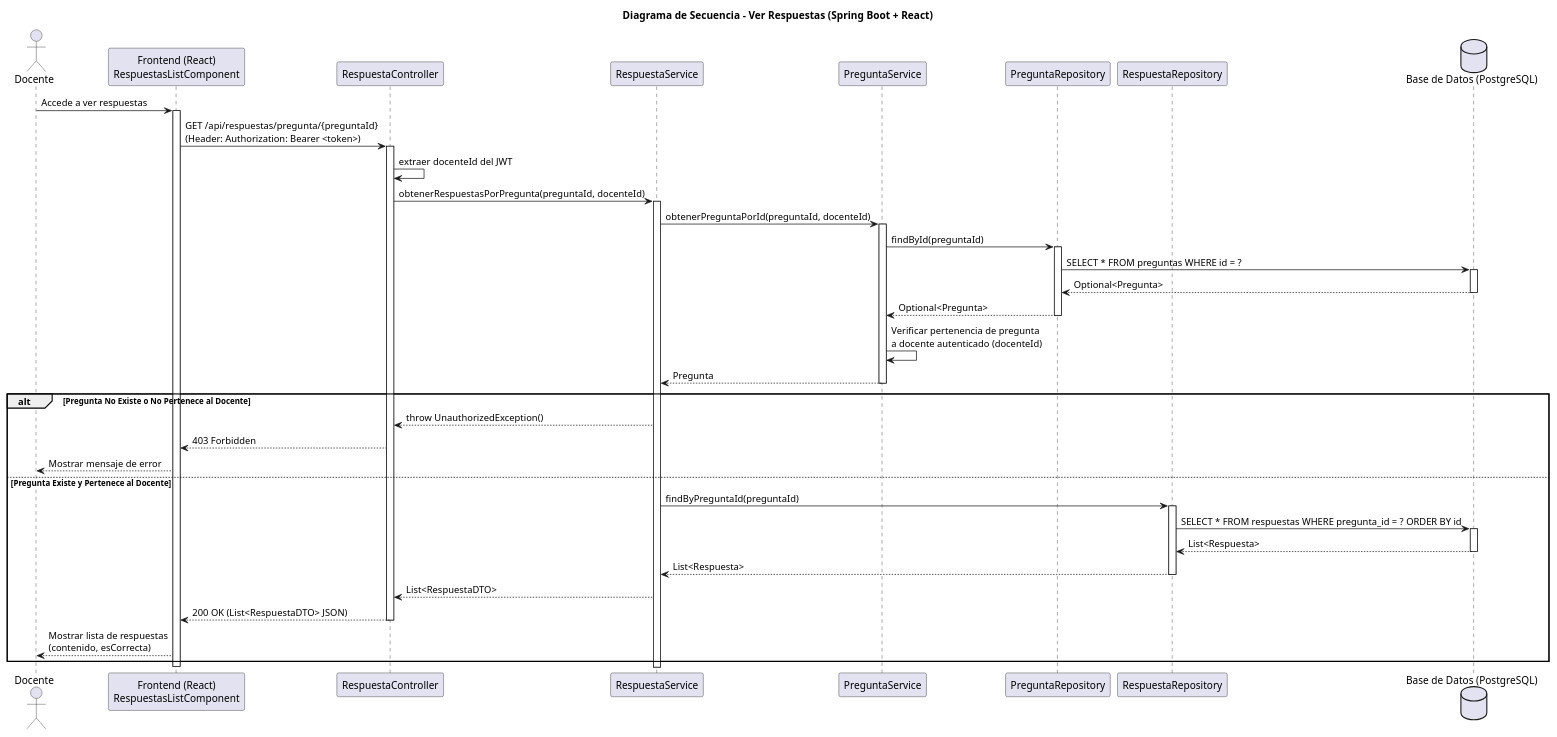
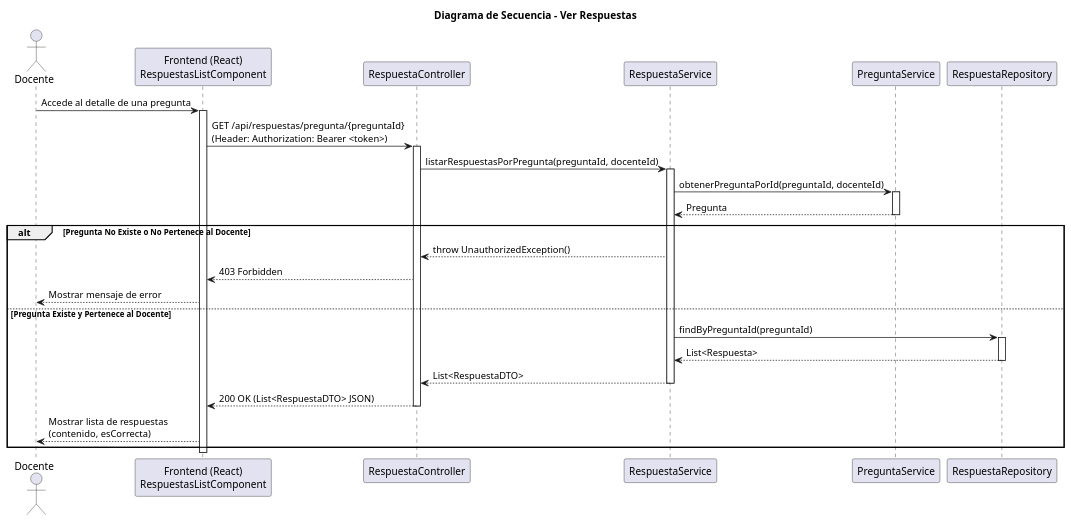
One commit to Pareyor/25-26-idsw2-sdVC changed the diagram in modelosUML/diseño/verRespuestas/secuencia.puml. Above: the diagram before and after it, drawn with PlantUML. The commit also changed 1 other file, not shown here.

Commit message:
fix: Corrige verRespuestas para reducir el tamaño del diagrama de secuencia

```diff
--- a/modelosUML/diseño/verRespuestas/secuencia.puml
+++ b/modelosUML/diseño/verRespuestas/secuencia.puml
@@ -1,54 +1,42 @@
 @startuml
-title Diagrama de Secuencia - Ver Respuestas (Spring Boot + React)
+title Diagrama de Secuencia - Ver Respuestas
 
-actor "Docente" as Teacher
+actor "Docente" as Actor
 participant "Frontend (React)\nRespuestasListComponent" as FE
 participant "RespuestaController" as Controller
 participant "RespuestaService" as Service
 participant "PreguntaService" as PreguntaService
-participant "PreguntaRepository" as PreguntaRepo
-participant "RespuestaRepository" as RespuestaRepo
-database "Base de Datos (PostgreSQL)" as DB
+participant "RespuestaRepository" as Repo
 
-Teacher -> FE: Accede a ver respuestas
+Actor -> FE: Accede al detalle de una pregunta
 activate FE
+
 FE -> Controller: GET /api/respuestas/pregunta/{preguntaId}\n(Header: Authorization: Bearer <token>)
 activate Controller
-Controller -> Controller: extraer docenteId del JWT
-Controller -> Service: obtenerRespuestasPorPregunta(preguntaId, docenteId)
+
+Controller -> Service: listarRespuestasPorPregunta(preguntaId, docenteId)
 activate Service
+
 Service -> PreguntaService: obtenerPreguntaPorId(preguntaId, docenteId)
 activate PreguntaService
-PreguntaService -> PreguntaRepo: findById(preguntaId)
-activate PreguntaRepo
-PreguntaRepo -> DB: SELECT * FROM preguntas WHERE id = ?
-activate DB
-DB --> PreguntaRepo: Optional<Pregunta>
-deactivate DB
-PreguntaRepo --> PreguntaService: Optional<Pregunta>
-deactivate PreguntaRepo
-PreguntaService -> PreguntaService: Verificar pertenencia de pregunta\na docente autenticado (docenteId)
 PreguntaService --> Service: Pregunta
 deactivate PreguntaService
+
 alt Pregunta No Existe o No Pertenece al Docente
     Service --> Controller: throw UnauthorizedException()
     Controller --> FE: 403 Forbidden
-    FE --> Teacher: Mostrar mensaje de error
+    FE --> Actor: Mostrar mensaje de error
 else Pregunta Existe y Pertenece al Docente
-    Service -> RespuestaRepo: findByPreguntaId(preguntaId)
-    activate RespuestaRepo
-    RespuestaRepo -> DB: SELECT * FROM respuestas WHERE pregunta_id = ? ORDER BY id
-    activate DB
-    DB --> RespuestaRepo: List<Respuesta>
-    deactivate DB
-    RespuestaRepo --> Service: List<Respuesta>
-    deactivate RespuestaRepo
+    Service -> Repo: findByPreguntaId(preguntaId)
+    activate Repo
+    Repo --> Service: List<Respuesta>
+    deactivate Repo
     Service --> Controller: List<RespuestaDTO>
+    deactivate Service
     Controller --> FE: 200 OK (List<RespuestaDTO> JSON)
     deactivate Controller
-    FE --> Teacher: Mostrar lista de respuestas\n(contenido, esCorrecta)
+    FE --> Actor: Mostrar lista de respuestas\n(contenido, esCorrecta)
 end
 
 deactivate FE
-
 @enduml
```
